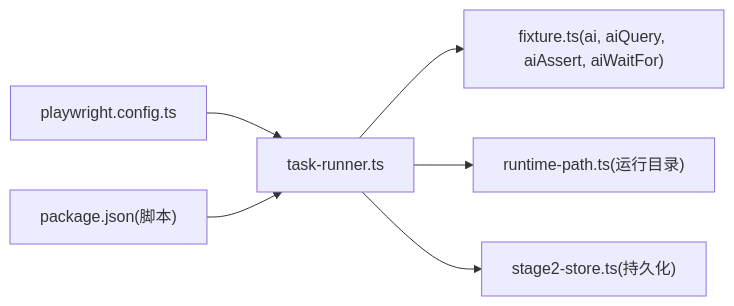
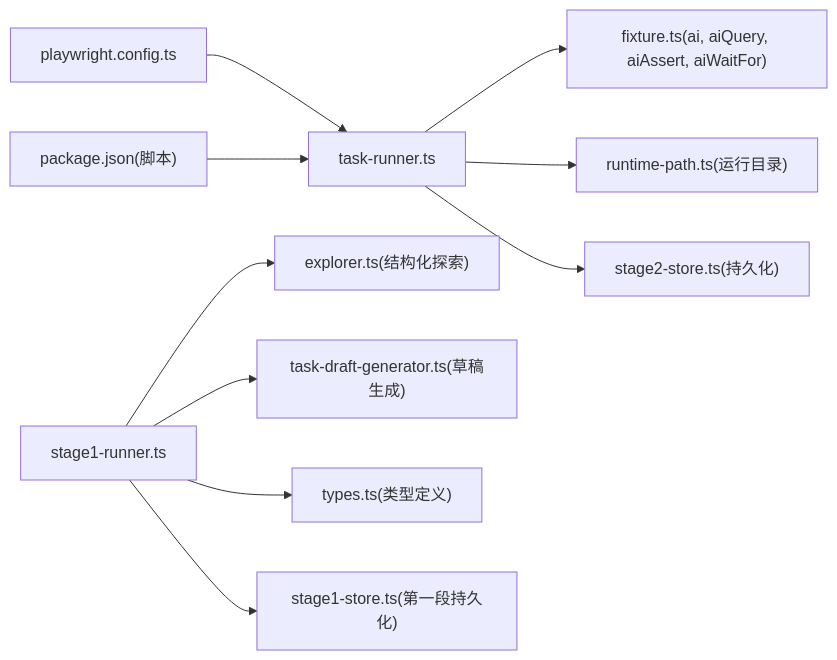
Before and after one commit to Jiane-EJ/playwright-mind: the sixth of 6 diagrams in .qoder/repowiki/zh/content/验证码处理.md, drawn with Mermaid. The commit also changed other lines of this file and 16 other files, not shown here.

````diff
--- a/.qoder/repowiki/zh/content/验证码处理.md
+++ b/.qoder/repowiki/zh/content/验证码处理.md
@@ -296,8 +352,12 @@
 ```mermaid
 graph LR
 TR["task-runner.ts"] --> TF["fixture.ts(ai, aiQuery, aiAssert, aiWaitFor)"]
 TR --> RP["runtime-path.ts(运行目录)"]
 TR --> SS["stage2-store.ts(持久化)"]
 PC["playwright.config.ts"] --> TR
 PKG["package.json(脚本)"] --> TR
+S1["stage1-runner.ts"] --> EX["explorer.ts(结构化探索)"]
+S1 --> TDG["task-draft-generator.ts(草稿生成)"]
+S1 --> TT["types.ts(类型定义)"]
+S1 --> S1S["stage1-store.ts(第一段持久化)"]
 ```
````
